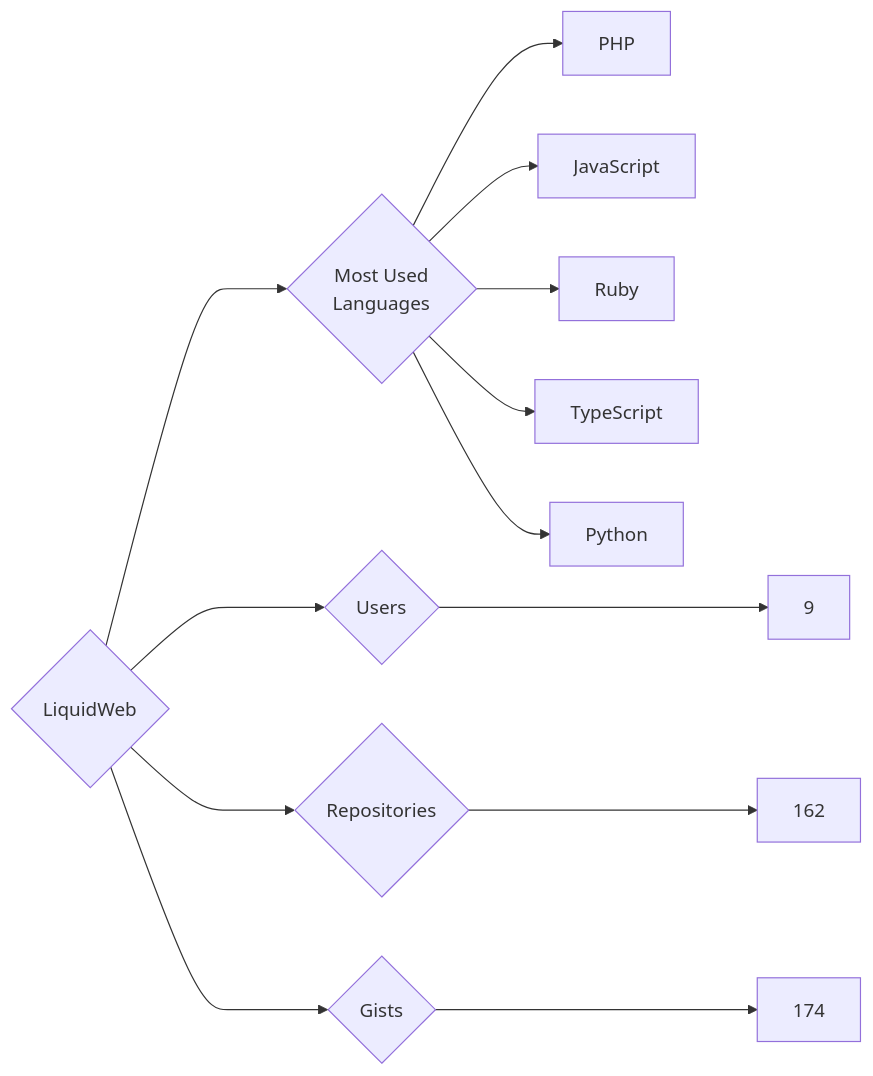
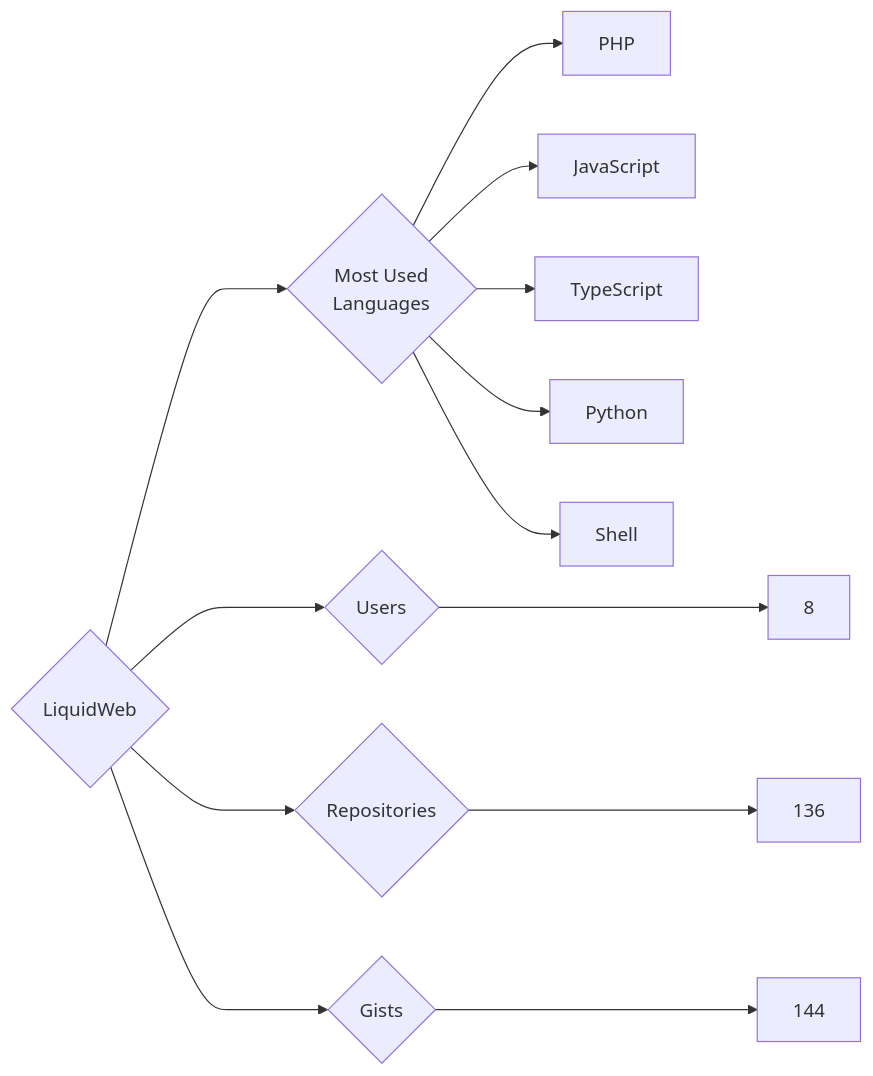
The diagram in targets/LiquidWeb/README.md (trickest/insiders), drawn with Mermaid before and after one commit. The commit also changed 1696 other files, not shown here.

````diff
--- a/targets/LiquidWeb/README.md
+++ b/targets/LiquidWeb/README.md
@@ -3,13 +3,13 @@
 ```mermaid
 graph LR
 COMPANY_NAME{LiquidWeb}
-COMPANY_NAME ---> U{Users} ---> UN[9]
-COMPANY_NAME ---> R{Repositories} ---> RN[162]
-COMPANY_NAME ---> G{Gists} ---> GN[174]
+COMPANY_NAME ---> U{Users} ---> UN[8]
+COMPANY_NAME ---> R{Repositories} ---> RN[136]
+COMPANY_NAME ---> G{Gists} ---> GN[144]
 COMPANY_NAME ---> ML{Most Used<br>Languages}
 ML --> PHP[PHP]
 ML --> JavaScript[JavaScript]
-ML --> Ruby[Ruby]
 ML --> TypeScript[TypeScript]
 ML --> Python[Python]
+ML --> Shell[Shell]
 ```
````
